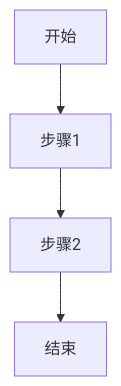
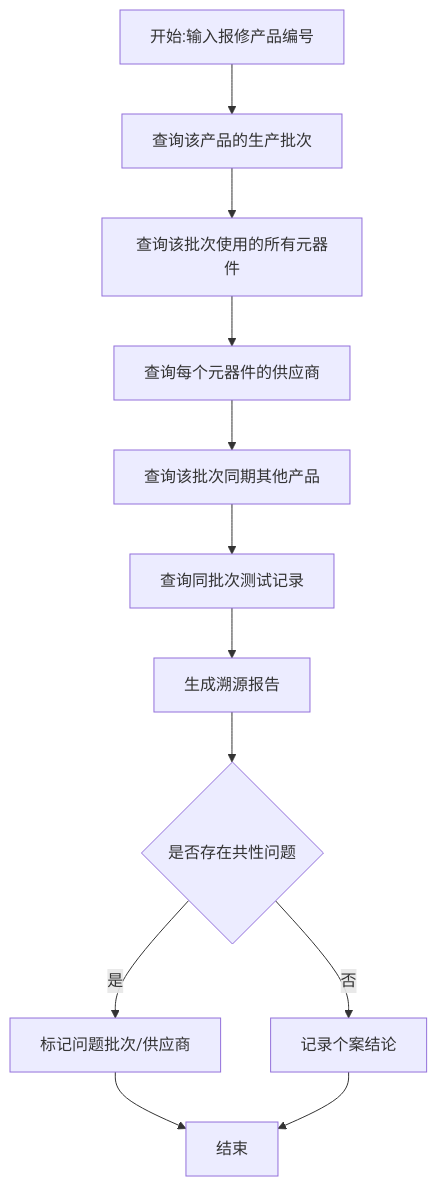
One commit to NorthBridgeAthlon64/HPLM_SQL changed the fourth of 5 diagrams in 01_功能说明.md. Above: the diagram before and after it, drawn with Mermaid. The commit also changed other lines of this file, not shown here.

````diff
--- a/01_功能说明.md
+++ b/01_功能说明.md
@@ -78,6 +67,14 @@
 ```mermaid
 flowchart TD
-    A[开始] --> B[步骤1]
-    B --> C[步骤2]
-    C --> D[结束]
+    A[开始:输入报修产品编号] --> B[查询该产品的生产批次]
+    B --> C[查询该批次使用的所有元器件]
+    C --> D[查询每个元器件的供应商]
+    D --> E[查询该批次同期其他产品]
+    E --> F[查询同批次测试记录]
+    F --> G[生成溯源报告]
+    G --> H{是否存在共性问题}
+    H -->|是| I[标记问题批次/供应商]
+    H -->|否| J[记录个案结论]
+    I --> K[结束]
+    J --> K
 ```
````
